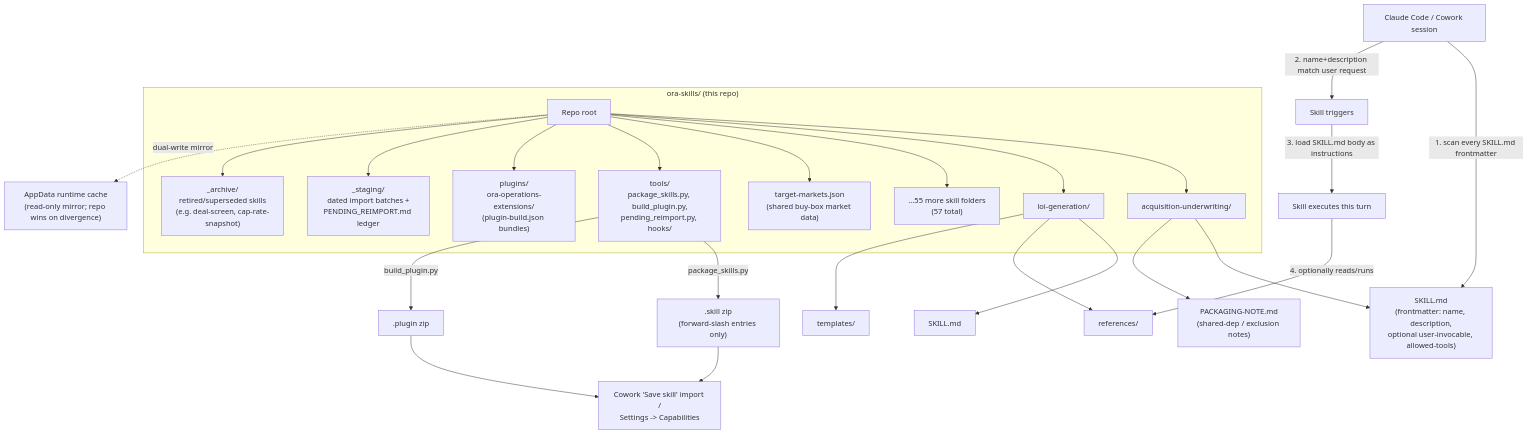
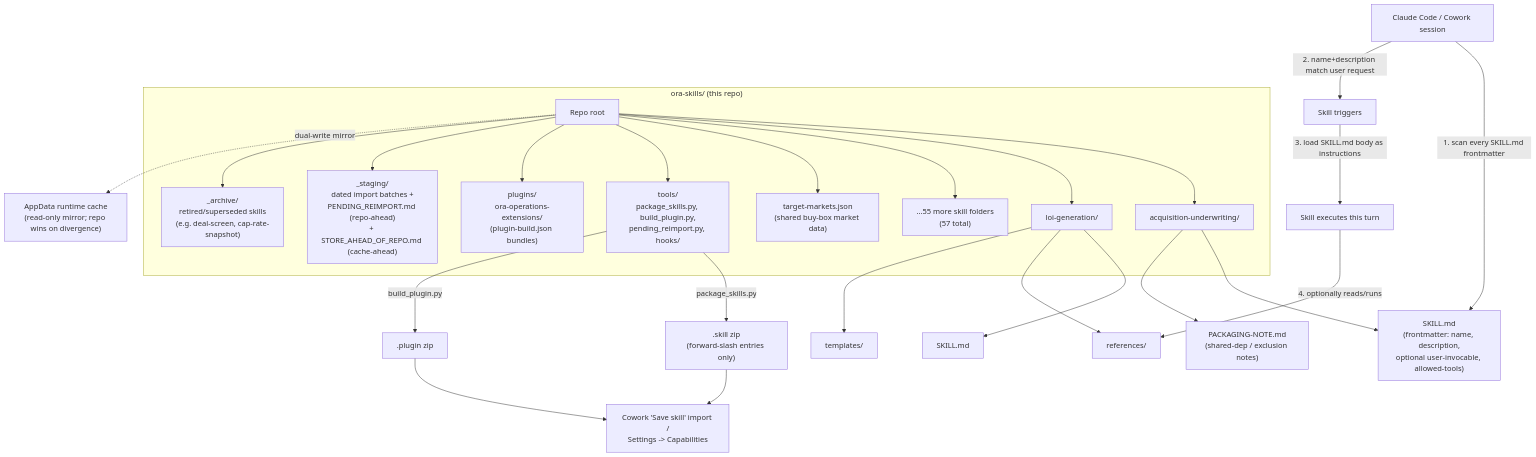
Before and after one commit to ZeOoba/ora-skills: the diagram in README.md, drawn with Mermaid. The commit also changed other lines of this file and 3 other files, not shown here.

````diff
--- a/README.md
+++ b/README.md
@@ -30,40 +30,40 @@
 ```mermaid
 flowchart TD
     subgraph Repo["ora-skills/ (this repo)"]
         Root["Repo root"]
         S1["acquisition-underwriting/"]
         S2["loi-generation/"]
         S3["...55 more skill folders\n(57 total)"]
         Shared["target-markets.json\n(shared buy-box market data)"]
         Tools["tools/\npackage_skills.py, build_plugin.py,\npending_reimport.py, hooks/"]
         Plugins["plugins/\nora-operations-extensions/\n(plugin-build.json bundles)"]
-        Staging["_staging/\ndated import batches +\nPENDING_REIMPORT.md ledger"]
+        Staging["_staging/\ndated import batches +\nPENDING_REIMPORT.md (repo-ahead)\n+ STORE_AHEAD_OF_REPO.md (cache-ahead)"]
         Archive["_archive/\nretired/superseded skills\n(e.g. deal-screen, cap-rate-snapshot)"]
     end
 
     Root --> S1
     Root --> S2
     Root --> S3
     Root --> Shared
     Root --> Tools
     Root --> Plugins
     Root --> Staging
     Root --> Archive
 
     S1 --> F1["SKILL.md\n(frontmatter: name, description,\noptional user-invocable, allowed-tools)"]
     S1 --> P1["PACKAGING-NOTE.md\n(shared-dep / exclusion notes)"]
     S2 --> F2["SKILL.md"]
     S2 --> R2["references/"]
     S2 --> T2["templates/"]
 
     Tools -- "package_skills.py <outdir>" --> Skillzip[".skill zip\n(forward-slash entries only)"]
     Tools -- "build_plugin.py <plugin>" --> Pluginzip[".plugin zip"]
     Skillzip --> Cowork["Cowork 'Save skill' import /\nSettings -> Capabilities"]
     Pluginzip --> Cowork
     Root -. "dual-write mirror" .-> AppData["AppData runtime cache\n(read-only mirror; repo wins on divergence)"]
 
     Session["Claude Code / Cowork session"] -- "1. scan every SKILL.md frontmatter" --> F1
     Session -- "2. name+description match user request" --> Trigger["Skill triggers"]
     Trigger -- "3. load SKILL.md body as instructions" --> Exec["Skill executes this turn"]
     Exec -- "4. optionally reads/runs" --> R2
 ```
````
